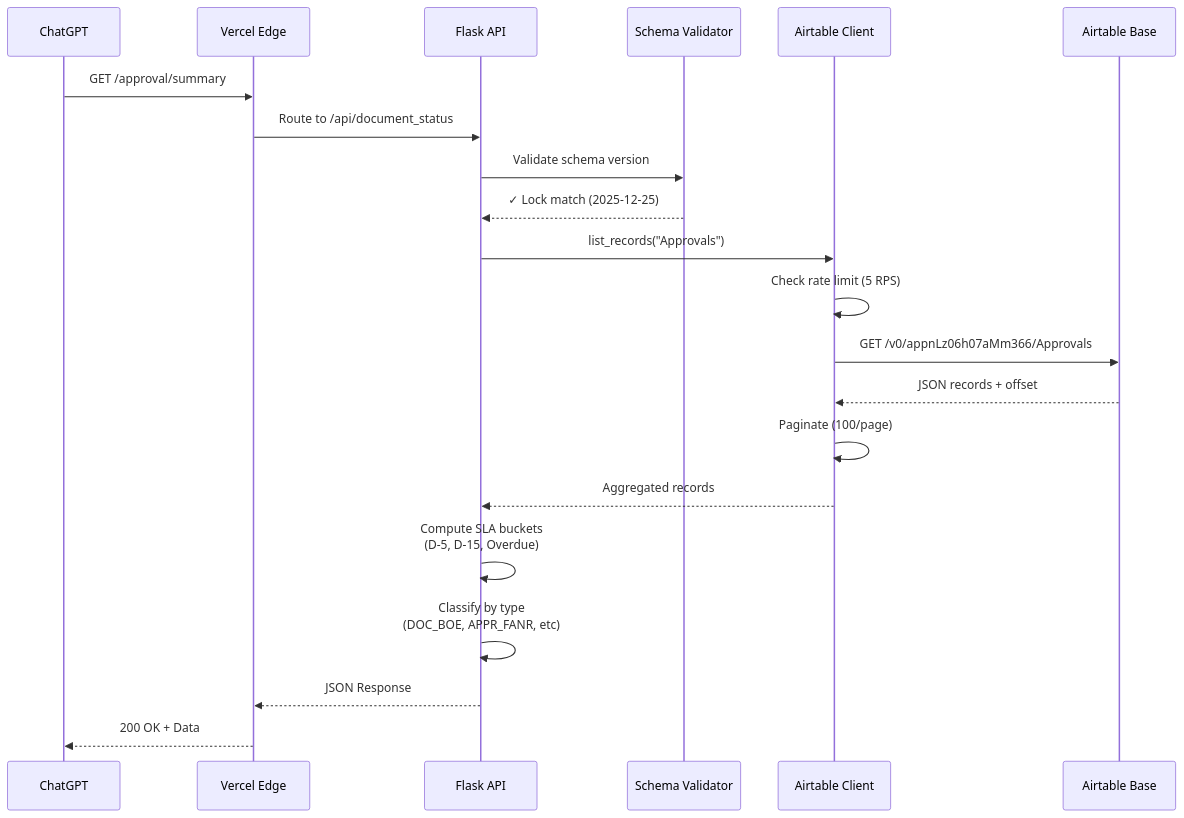
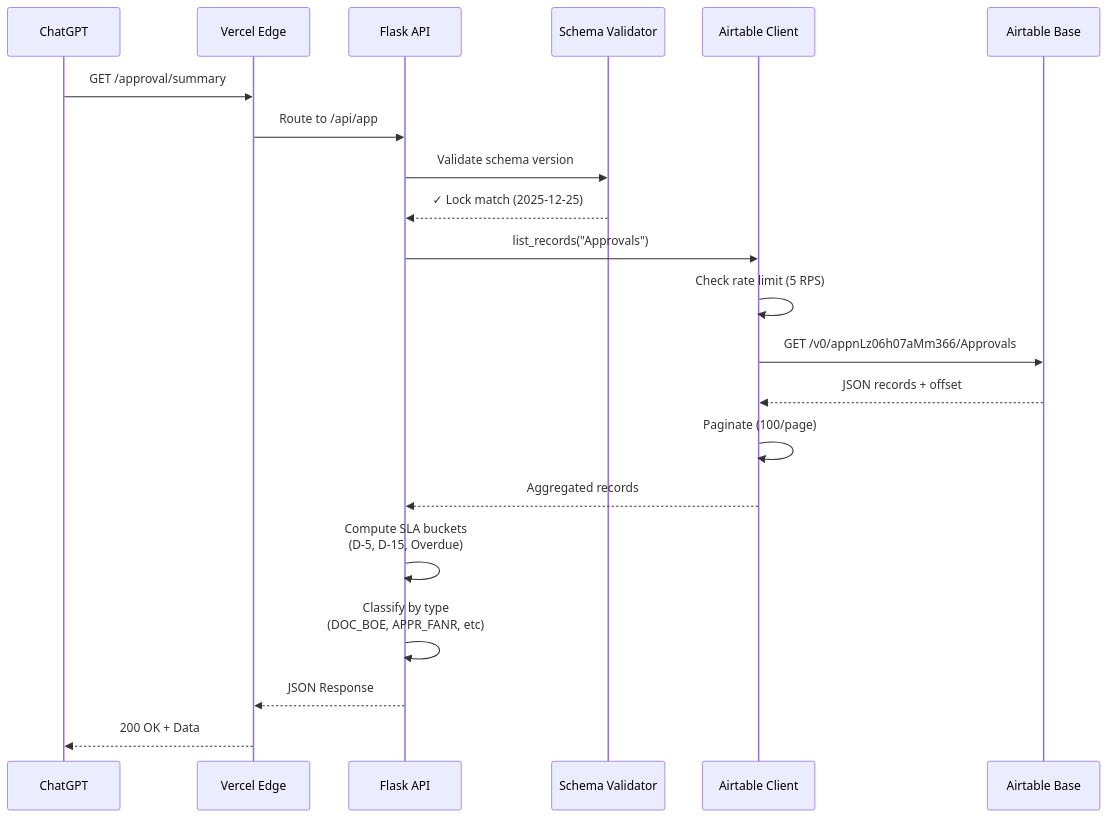
One commit to macho715/GETS-Logistics-API changed the second of 10 diagrams in ARCHITECTURE.md. Above: the diagram before and after it, drawn with Mermaid. The commit also changed other lines of this file and 51 other files, not shown here.

````diff
--- a/ARCHITECTURE.md
+++ b/ARCHITECTURE.md
@@ -112,28 +112,28 @@
 ```mermaid
 sequenceDiagram
     participant GPT as ChatGPT
     participant VERCEL as Vercel Edge
     participant API as Flask API
     participant VALIDATOR as Schema Validator
     participant CLIENT as Airtable Client
     participant AIRTABLE as Airtable Base
 
     GPT->>VERCEL: GET /approval/summary
-    VERCEL->>API: Route to /api/document_status
+    VERCEL->>API: Route to /api/app
 
     API->>VALIDATOR: Validate schema version
     VALIDATOR-->>API: ✓ Lock match (2025-12-25)
 
     API->>CLIENT: list_records("Approvals")
     CLIENT->>CLIENT: Check rate limit (5 RPS)
     CLIENT->>AIRTABLE: GET /v0/appnLz06h07aMm366/Approvals
     AIRTABLE-->>CLIENT: JSON records + offset
     CLIENT->>CLIENT: Paginate (100/page)
     CLIENT-->>API: Aggregated records
 
     API->>API: Compute SLA buckets<br/>(D-5, D-15, Overdue)
     API->>API: Classify by type<br/>(DOC_BOE, APPR_FANR, etc)
 
     API-->>VERCEL: JSON Response
     VERCEL-->>GPT: 200 OK + Data
 ```
````
